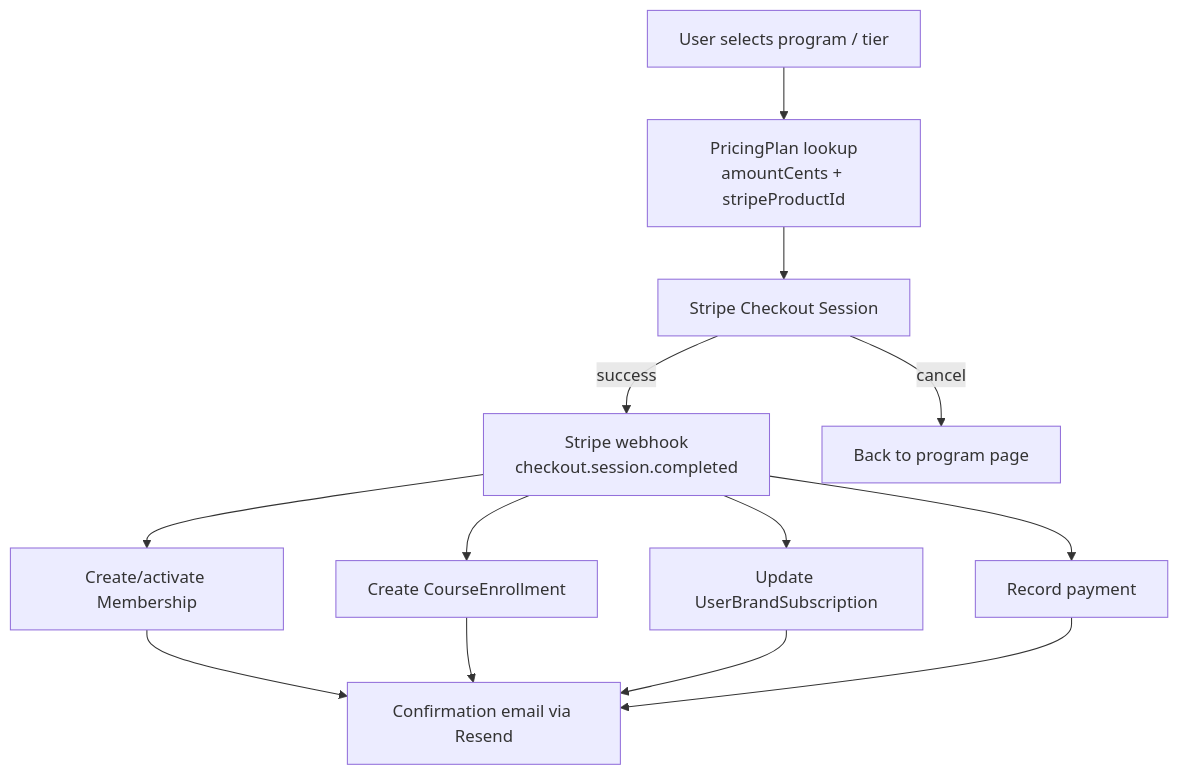
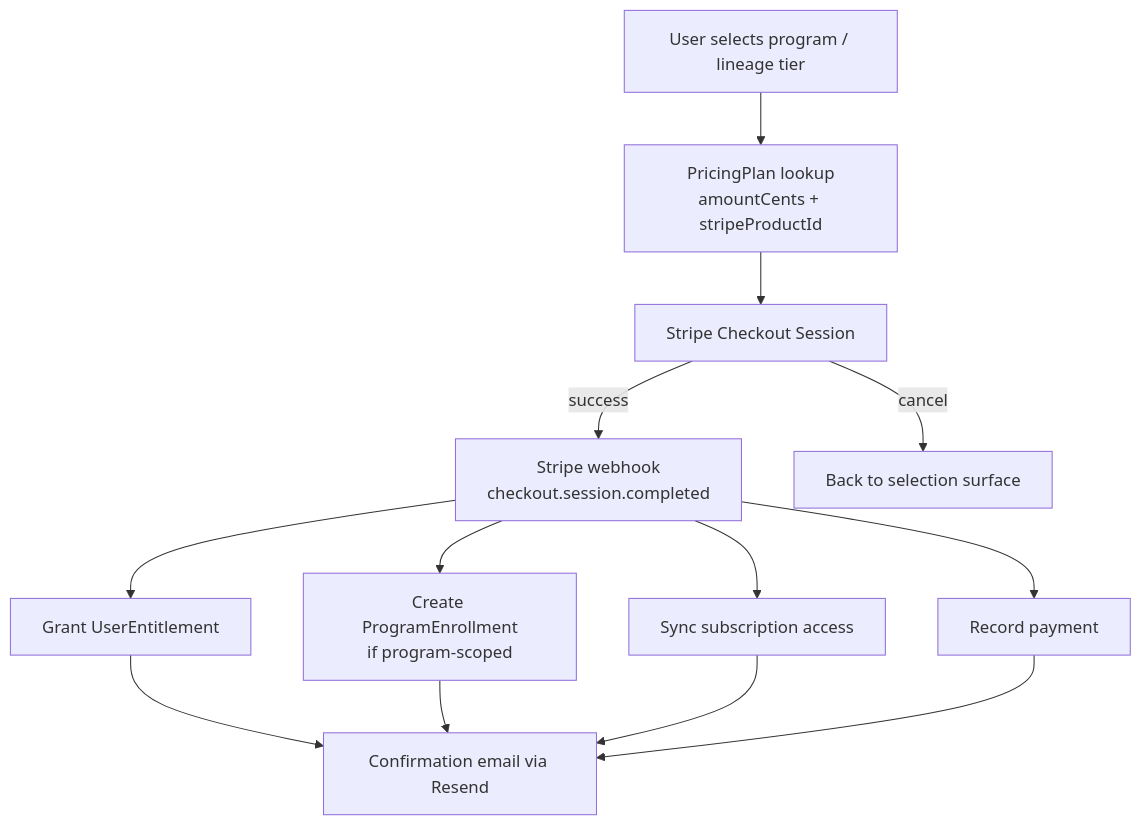
The ninth of 13 diagrams in docs/runbooks/sops/sop-data-and-wiring-flows.md (Ronin-Dojo-Design/ronin-dojo-baseline), drawn with Mermaid before and after one commit. The commit also changed other lines of this file and 20 other files, not shown here.

Commit message:
feat: prove lineage membership checkout lifecycle

````diff
--- a/docs/runbooks/sops/sop-data-and-wiring-flows.md
+++ b/docs/runbooks/sops/sop-data-and-wiring-flows.md
@@ -555,12 +556,12 @@
 ```mermaid
 flowchart TD
-    SEL[User selects program / tier] --> PL[PricingPlan lookup\namountCents + stripeProductId]
+    SEL[User selects program / lineage tier] --> PL[PricingPlan lookup\namountCents + stripeProductId]
     PL --> SC[Stripe Checkout Session]
     SC -->|success| WH[Stripe webhook\ncheckout.session.completed]
-    SC -->|cancel| CANCEL[Back to program page]
-    WH --> MEM[Create/activate Membership]
-    WH --> ENR[Create CourseEnrollment]
-    WH --> SUB[Update UserBrandSubscription]
+    SC -->|cancel| CANCEL[Back to selection surface]
+    WH --> ENT[Grant UserEntitlement]
+    WH --> ENR[Create ProgramEnrollment\nif program-scoped]
+    WH --> SUB[Sync subscription access]
     WH --> LOG[Record payment]
-    MEM & ENR & SUB & LOG --> EMAIL[Confirmation email via Resend]
+    ENT & ENR & SUB & LOG --> EMAIL[Confirmation email via Resend]
 ```
````
